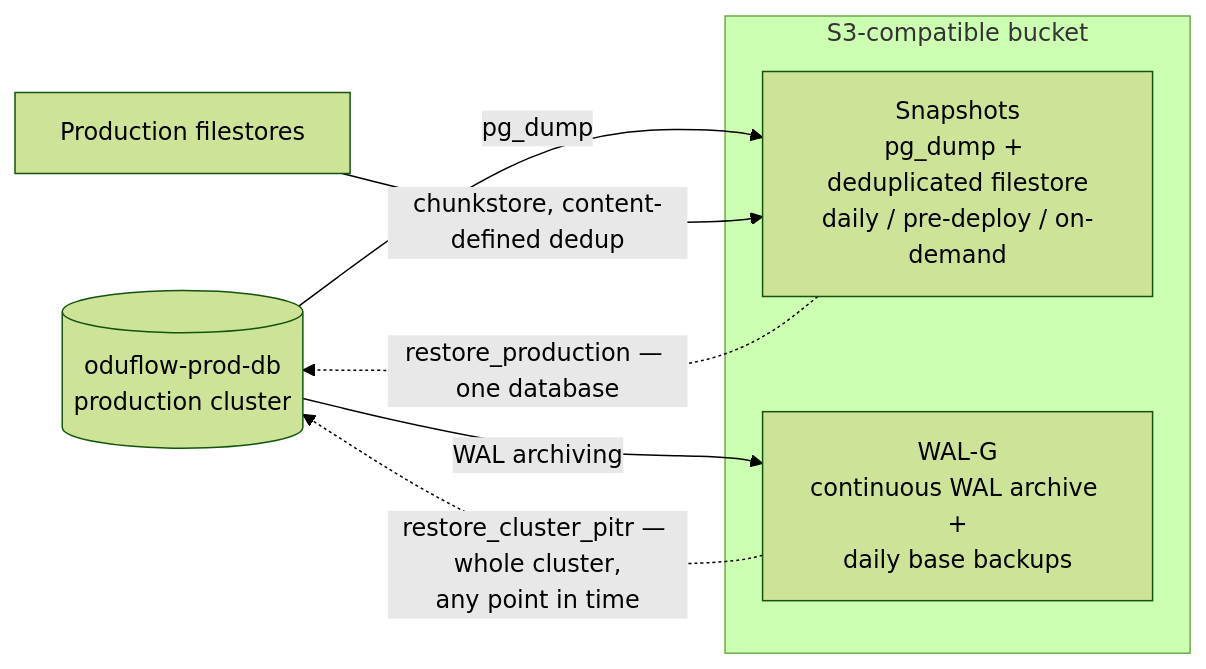
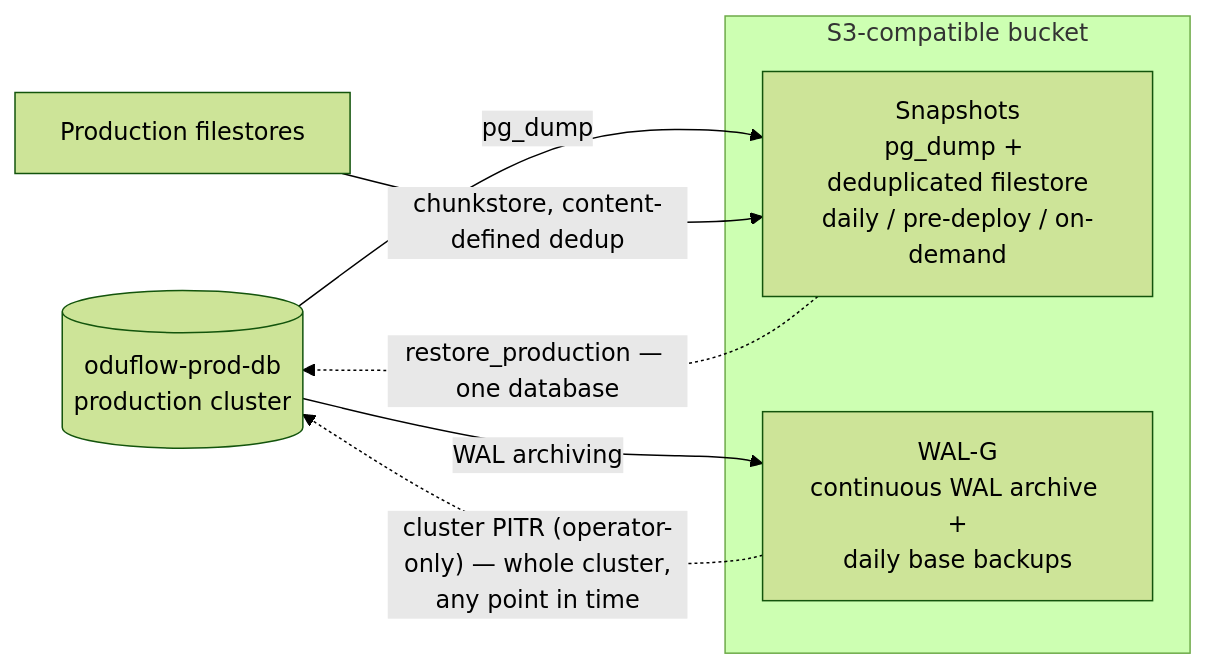
One commit to oduflow/oduflow changed the second of 2 diagrams in docs/architecture.md. Above: the diagram before and after it, drawn with Mermaid (forest theme). The commit also changed other lines of this file and 22 other files, not shown here.

````diff
--- a/docs/architecture.md
+++ b/docs/architecture.md
@@ -102,16 +102,16 @@
 ```mermaid
 flowchart LR
     proddb[("oduflow-prod-db<br/>production cluster")]
     filestore["Production filestores"]
 
     subgraph s3["S3-compatible bucket"]
         snaps["Snapshots<br/>pg_dump + deduplicated filestore<br/>daily / pre-deploy / on-demand"]
         wal["WAL-G<br/>continuous WAL archive +<br/>daily base backups"]
     end
 
     proddb -->|pg_dump| snaps
     filestore -->|chunkstore, content-defined dedup| snaps
     proddb -->|WAL archiving| wal
     snaps -.restore_production — one database.-> proddb
-    wal -.restore_cluster_pitr — whole cluster,<br/>any point in time.-> proddb
+    wal -.cluster PITR (operator-only) — whole cluster,<br/>any point in time.-> proddb
 ```
````
